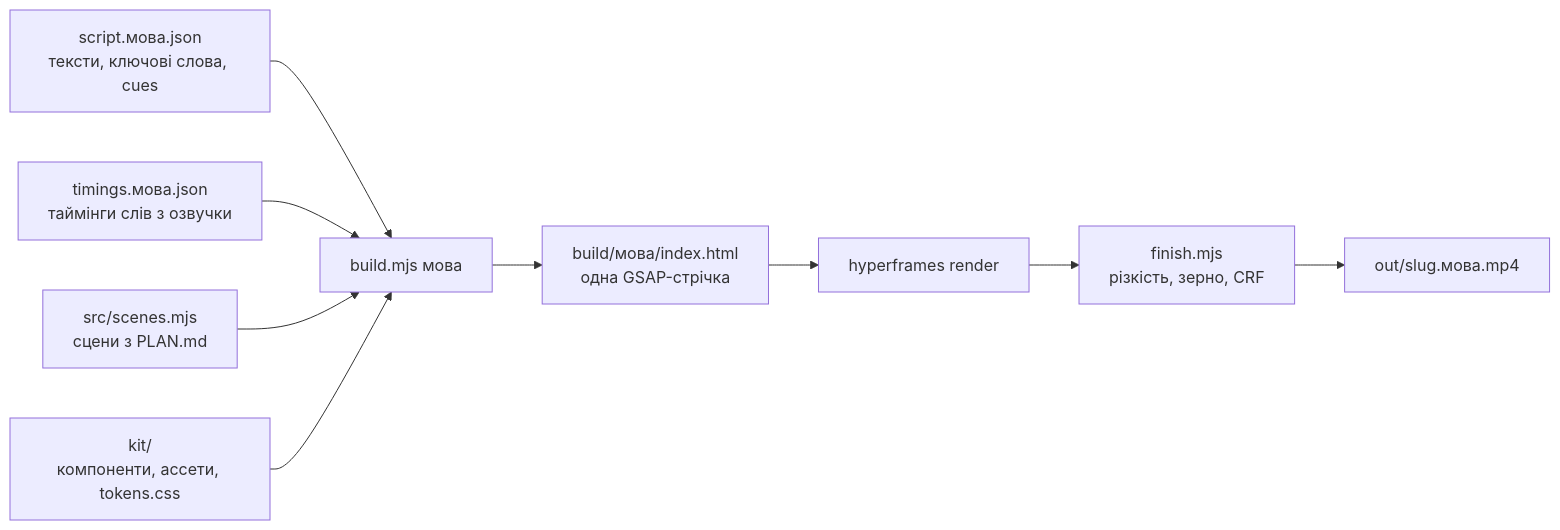
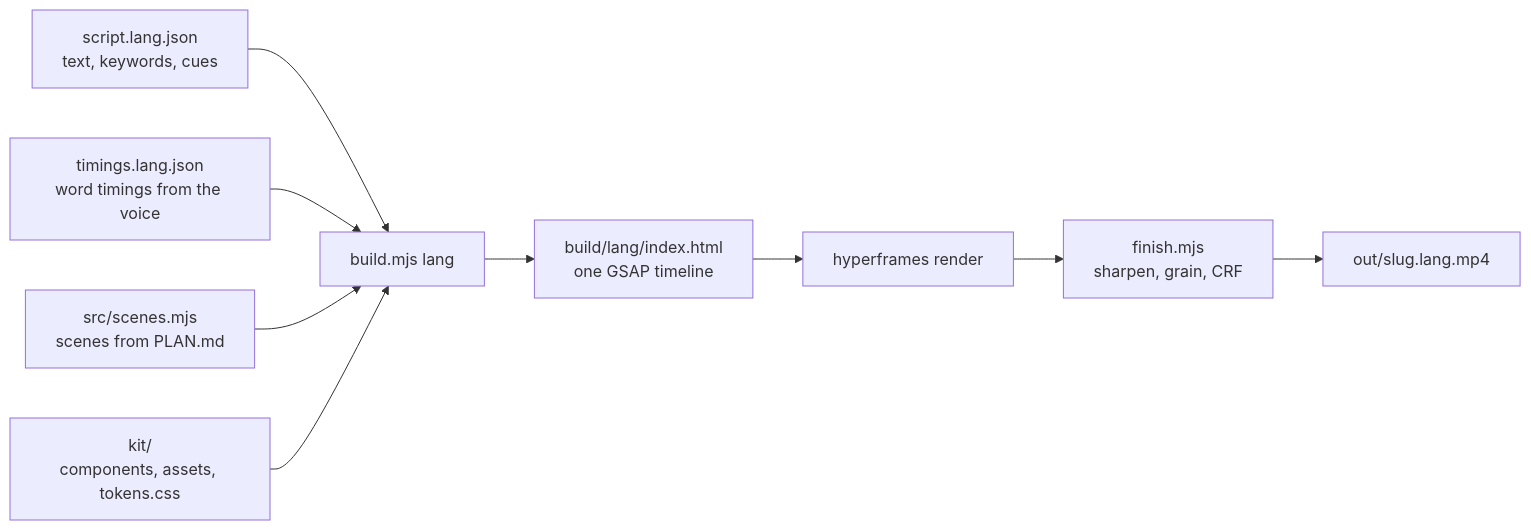
Before and after one commit to olehsov/tiktok-videomaker: the fourth of 5 diagrams in README.md, drawn with Mermaid. The commit also changed other lines of this file and 359 other files, not shown here.

````diff
--- a/README.md
+++ b/README.md
@@ -180,11 +182,11 @@
 ```mermaid
 flowchart LR
-    S["script.мова.json<br/>тексти, ключові слова, cues"] --> BM["build.mjs мова"]
-    T["timings.мова.json<br/>таймінги слів з озвучки"] --> BM
-    SC["src/scenes.mjs<br/>сцени з PLAN.md"] --> BM
-    KT["kit/<br/>компоненти, ассети, tokens.css"] --> BM
-    BM --> HF["build/мова/index.html<br/>одна GSAP-стрічка"]
+    S["script.lang.json<br/>text, keywords, cues"] --> BM["build.mjs lang"]
+    T["timings.lang.json<br/>word timings from the voice"] --> BM
+    SC["src/scenes.mjs<br/>scenes from PLAN.md"] --> BM
+    KT["kit/<br/>components, assets, tokens.css"] --> BM
+    BM --> HF["build/lang/index.html<br/>one GSAP timeline"]
     HF --> RN["hyperframes render"]
-    RN --> FN["finish.mjs<br/>різкість, зерно, CRF"]
-    FN --> MP["out/slug.мова.mp4"]
+    RN --> FN["finish.mjs<br/>sharpen, grain, CRF"]
+    FN --> MP["out/slug.lang.mp4"]
 ```
````
